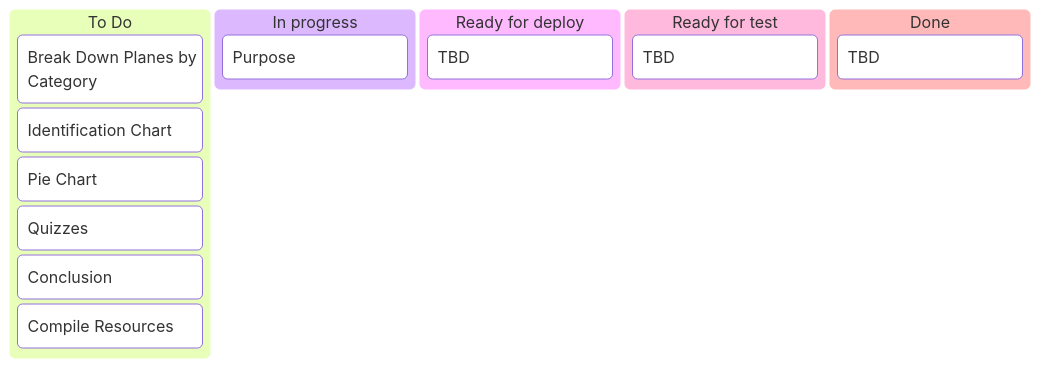
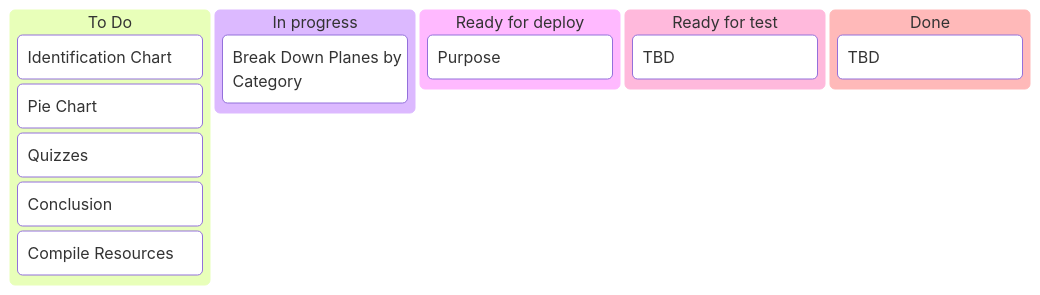
The first of 3 diagrams in Dashboard.md (Bailey-Wu/Bailey-Wu), drawn with Mermaid before and after one commit.

````diff
--- a/Dashboard.md
+++ b/Dashboard.md
@@ -6,18 +6,17 @@
 ```mermaid
 kanban
   [To Do]
-    [Break Down Planes by Category]
     [Identification Chart]
     [Pie Chart]
     [Quizzes]
     [Conclusion]
     [Compile Resources]
   [In progress]
+    [Break Down Planes by Category]
+  [Ready for deploy]
     [Purpose]
-  [Ready for deploy]
-    [TBD]
   [Ready for test]
     [TBD]
   [Done]
     [TBD]
 ```
````
